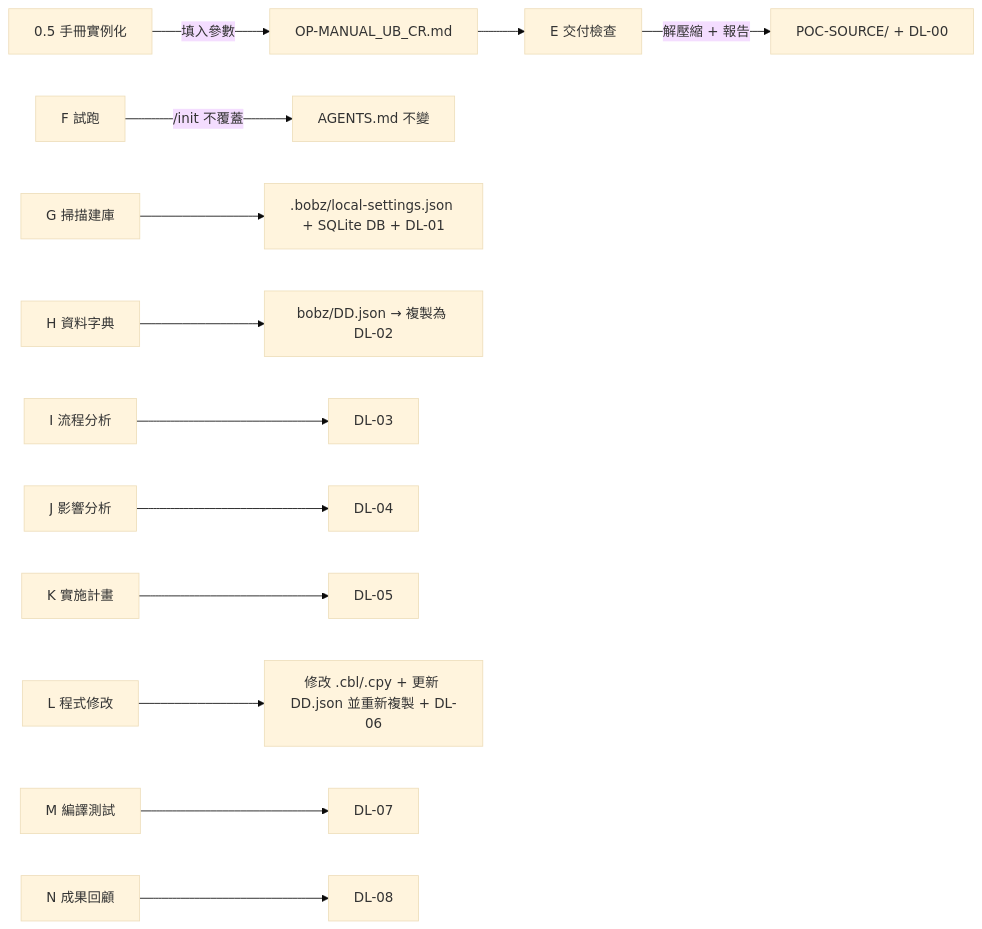
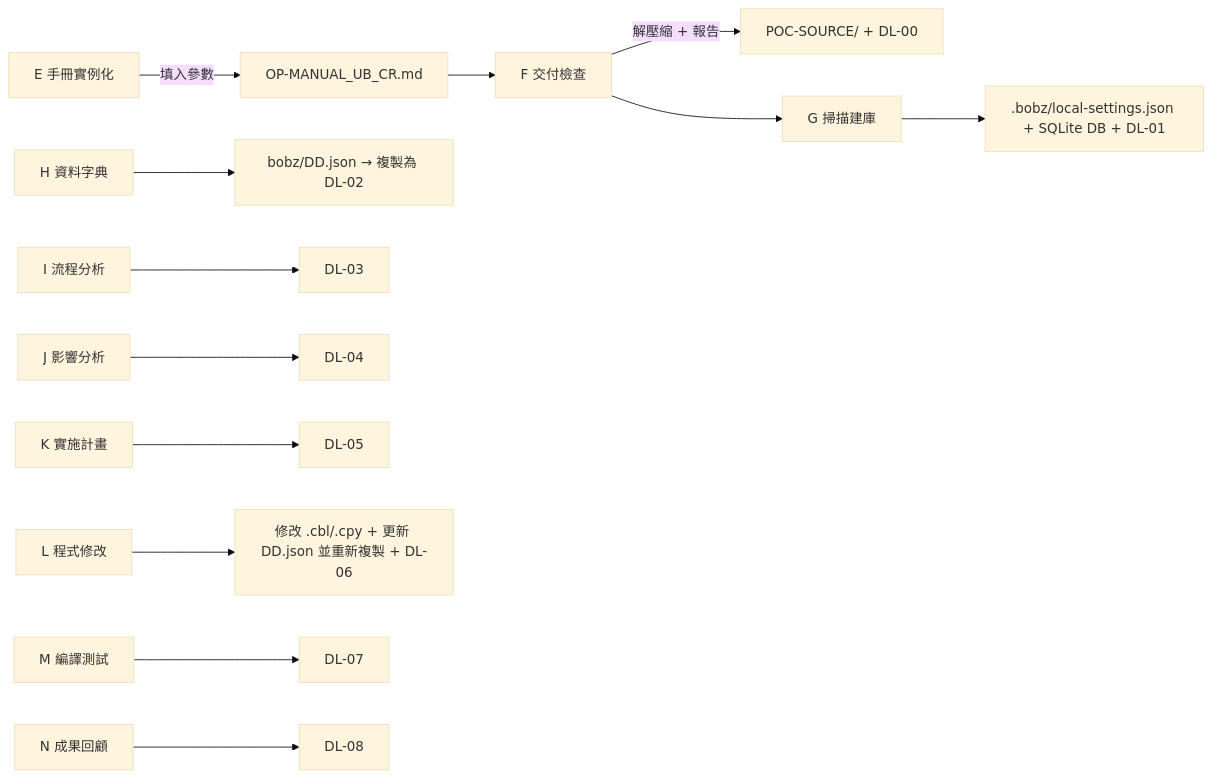
The diagram in README.md (elton0214/Bob-PPZ_POC), drawn with Mermaid (base theme) before and after one commit. The commit also changed other lines of this file and 3 other files, not shown here.

````diff
--- a/README.md
+++ b/README.md
@@ -82,15 +82,15 @@
 ```mermaid
 flowchart LR
-    P0[0.5 手冊實例化] -->|填入參數| OP[OP-MANUAL_UB_CR.md]
-    OP --> E[E 交付檢查]
-    E -->|解壓縮 + 報告| P[POC-SOURCE/ + DL-00]
-    F[F 試跑] -->|/init 不覆蓋| A[AGENTS.md 不變]
-    G[G 掃描建庫] --> S[.bobz/local-settings.json + SQLite DB + DL-01]
+    E[E 手冊實例化] -->|填入參數| OP[OP-MANUAL_UB_CR.md]
+    OP --> F[F 交付檢查]
+    F -->|解壓縮 + 報告| P[POC-SOURCE/ + DL-00]
+    F --> G[G 掃描建庫]
+    G --> S[.bobz/local-settings.json + SQLite DB + DL-01]
     H[H 資料字典] --> D[bobz/DD.json → 複製為 DL-02]
     I[I 流程分析] --> D3[DL-03]
     J[J 影響分析] --> D4[DL-04]
     K[K 實施計畫] --> D5[DL-05]
     L[L 程式修改] --> M[修改 .cbl/.cpy + 更新 DD.json 並重新複製 + DL-06]
     M2[M 編譯測試] --> D7[DL-07]
     N[N 成果回顧] --> D8[DL-08]
 ```
````
